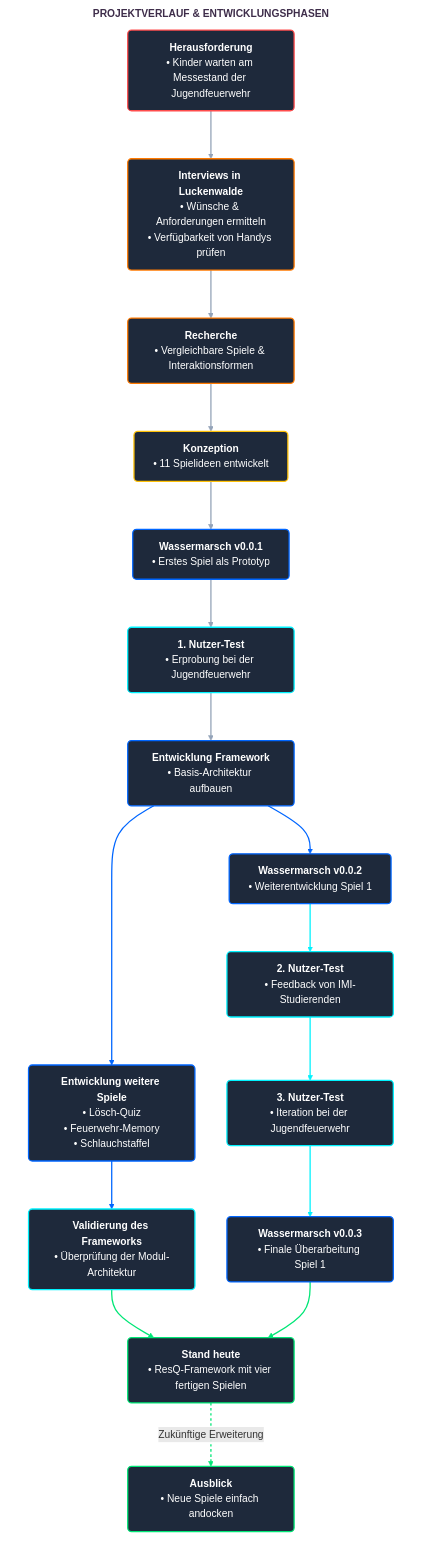
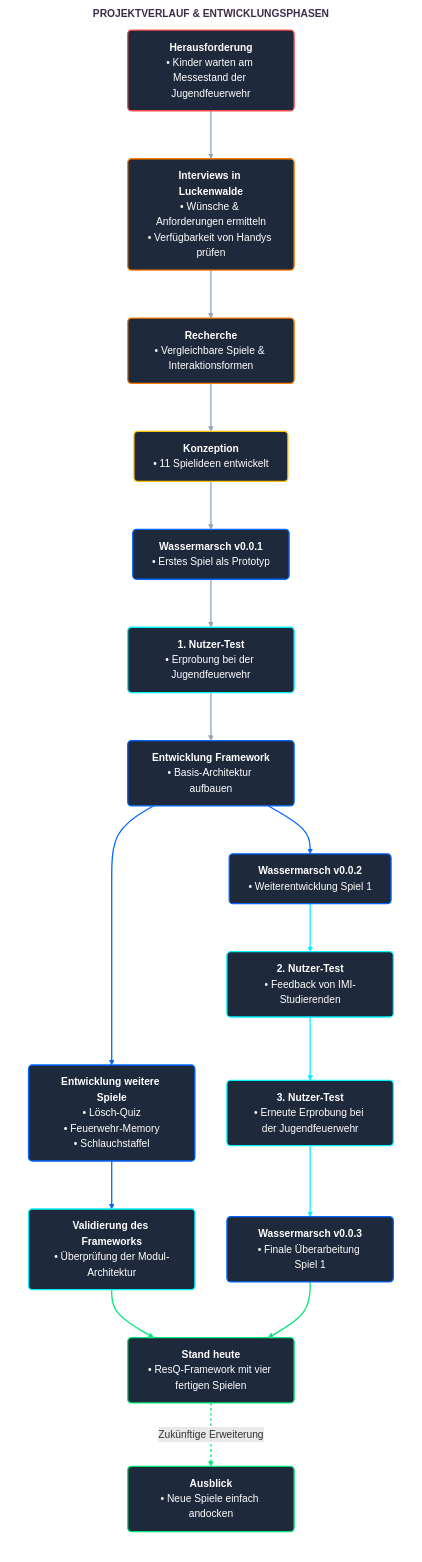
The diagram in content/ss26/master/m5-jugendfeuerwehr/process.md (chrisWolter/showtime-website), drawn with Mermaid before and after one commit. The commit also changed other lines of this file, not shown here.

````diff
--- a/content/ss26/master/m5-jugendfeuerwehr/process.md
+++ b/content/ss26/master/m5-jugendfeuerwehr/process.md
@@ -11,74 +11,74 @@
 ```mermaid
 flowchart TB
     %% Visuelle Themes & Styles
     classDef startPhase fill:#1e293b,stroke:#ff4d4d,stroke-width:2px,color:#ffffff,rx:6px,ry:6px;
     classDef researchPhase fill:#1e293b,stroke:#ff7a00,stroke-width:2px,color:#ffffff,rx:6px,ry:6px;
     classDef conceptPhase fill:#1e293b,stroke:#ffc107,stroke-width:2px,color:#ffffff,rx:6px,ry:6px;
     classDef devPhase fill:#1e293b,stroke:#0066ff,stroke-width:2px,color:#ffffff,rx:6px,ry:6px;
     classDef testPhase fill:#1e293b,stroke:#00f2fe,stroke-width:2px,color:#ffffff,rx:6px,ry:6px;
     classDef milestonePhase fill:#1e293b,stroke:#00e676,stroke-width:2px,color:#ffffff,rx:6px,ry:6px;
 
     %% Subgraph Styling (Transparent)
     style PROCESS fill:none,stroke:#475569,stroke-width:0px,color:#3e2d4a,rx:8px;
 
     %% Nodes
     subgraph PROCESS ["<b>PROJEKTVERLAUF & ENTWICKLUNGSPHASEN</b>"]
         direction TB
 
         A["<b>Herausforderung</b><br/>• Kinder warten am Messestand der Jugendfeuerwehr"]
         B["<b>Interviews in Luckenwalde</b><br/>• Wünsche & Anforderungen ermitteln<br/>• Verfügbarkeit von Handys prüfen"]
         C["<b>Recherche</b><br/>• Vergleichbare Spiele & Interaktionsformen"]
         D["<b>Konzeption</b><br/>• 11 Spielideen entwickelt"]
         F["<b>Wassermarsch v0.0.1</b><br/>• Erstes Spiel als Prototyp"]
         G["<b>1. Nutzer-Test</b><br/>• Erprobung bei der Jugendfeuerwehr"]
         H["<b>Entwicklung Framework</b><br/>• Basis-Architektur aufbauen"]
-        
+
         I["<b>Entwicklung weitere Spiele</b><br/>• Lösch-Quiz<br/>• Feuerwehr-Memory<br/>• Schlauchstaffel"]
         J["<b>Wassermarsch v0.0.2</b><br/>• Weiterentwicklung Spiel 1"]
-        
+
         N["<b>Validierung des Frameworks</b><br/>• Überprüfung der Modul-Architektur"]
         L["<b>2. Nutzer-Test</b><br/>• Feedback von IMI-Studierenden"]
-        M["<b>3. Nutzer-Test</b><br/>• Iteration bei der Jugendfeuerwehr"]
-        
+        M["<b>3. Nutzer-Test</b><br/>• Erneute Erprobung bei der Jugendfeuerwehr"]
+
         Q["<b>Wassermarsch v0.0.3</b><br/>• Finale Überarbeitung Spiel 1"]
         O["<b>Stand heute</b><br/>• ResQ-Framework mit vier fertigen Spielen"]
         P["<b>Ausblick</b><br/>• Neue Spiele einfach andocken"]
     end
 
     %% Ablauf-Verbindungen
     A ==> B
     B ==> C
     C ==> D
     D ==> F
     F ==> G
     G ==> H
 
     %% Parallele Stränge aus H
     H --> I
     H --> J
 
     I --> N
     J --> L
     L --> M
     M --> Q
 
     N ==> O
     Q ==> O
     O -. "Zukünftige Erweiterung" .-> P
 
     %% Class Assignments
     class A startPhase;
     class B,C researchPhase;
     class D conceptPhase;
     class F,H,I,J,Q devPhase;
     class G,L,M,N testPhase;
     class O,P milestonePhase;
 
     %% Link Styling
     linkStyle 0,1,2,3,4,5 stroke:#94a3b8,stroke-width:2px;
     linkStyle 6,7 stroke:#0066ff,stroke-width:2px;
     linkStyle 8 stroke:#0066ff,stroke-width:2px;
     linkStyle 9,10,11 stroke:#00f2fe,stroke-width:2px;
     linkStyle 12,13 stroke:#00e676,stroke-width:2px;
     linkStyle 14 stroke:#00e676,stroke-width:2px,stroke-dasharray: 4 4;
 ```
````
